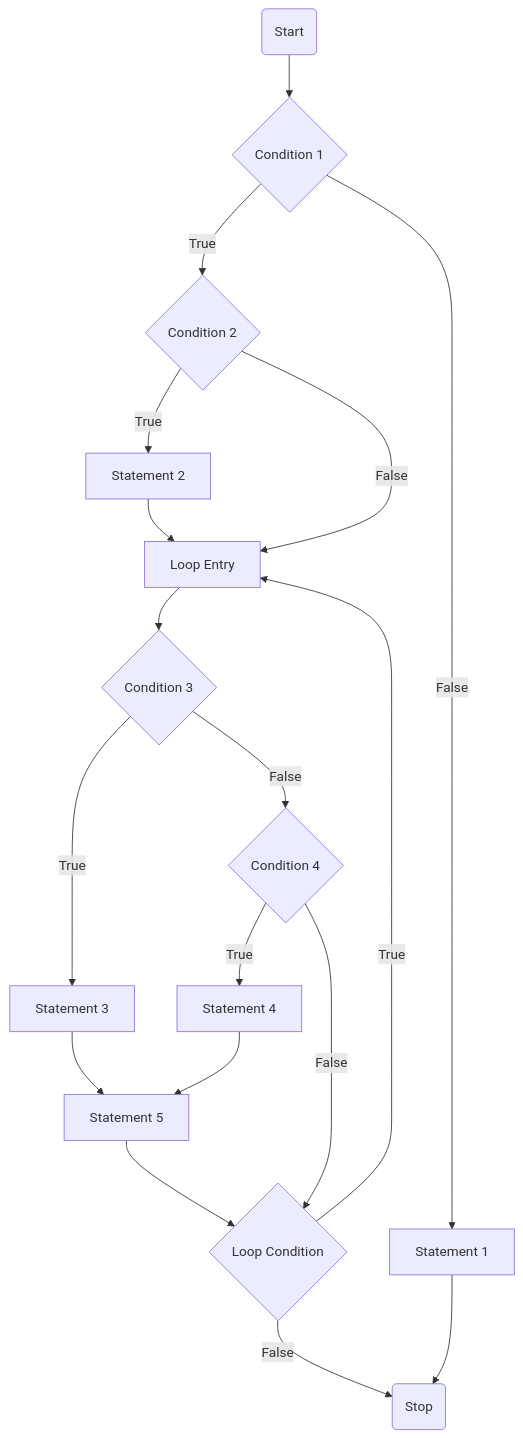
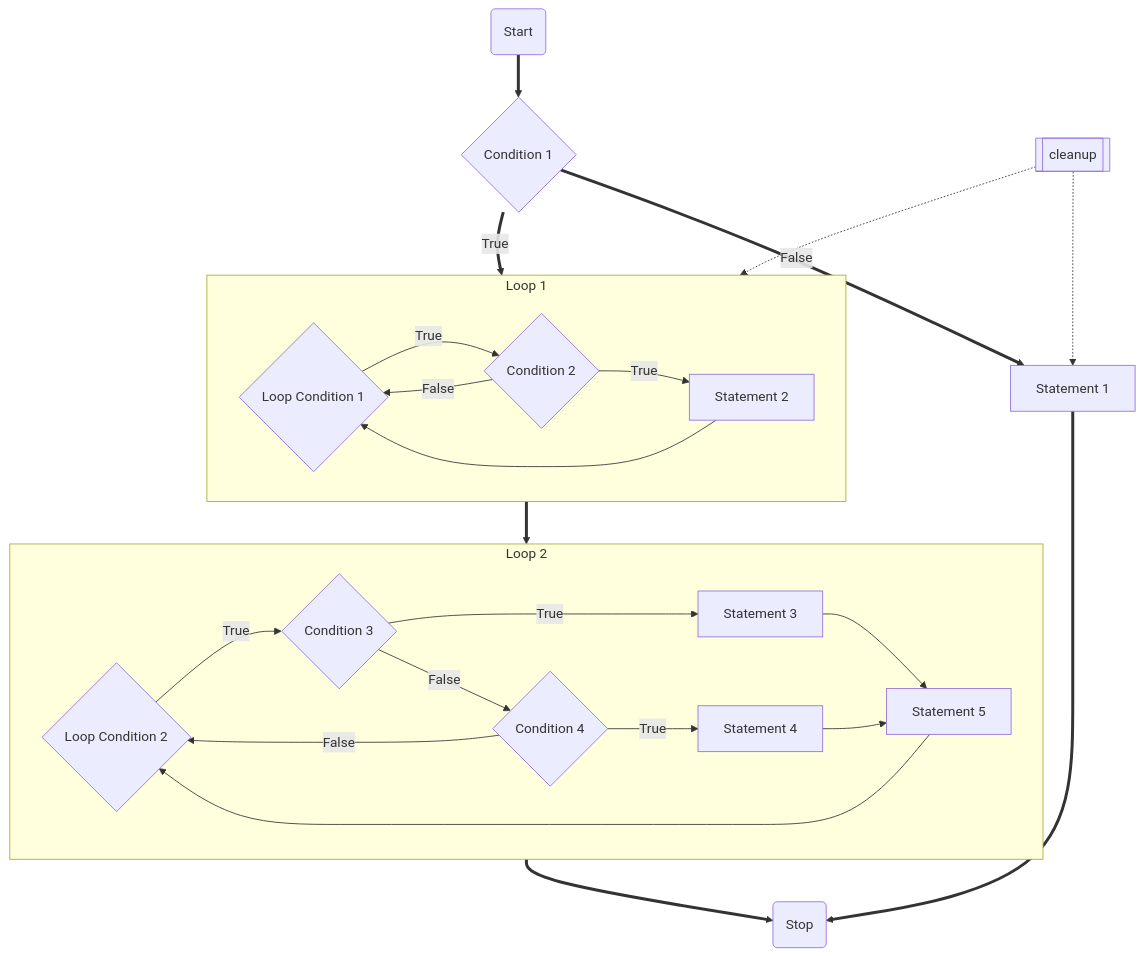
One commit to RaphaelZH/OpenCV_Program_EN changed the diagram in README.md. Above: the diagram before and after it, drawn with Mermaid. The commit also changed other lines of this file and 2 other files, not shown here.

````diff
--- a/README.md
+++ b/README.md
@@ -5,37 +5,41 @@
 ```mermaid
 flowchart TD
+    A(Start)
+    B{Condition 1}
+    C[Statement 1]
+    D(Stop)
 
-A(Start) --> B{Condition 1}
+    X[[cleanup]]
 
-B --> |True| C{Condition 2}
+    subgraph LOOP_1[Loop 1]
+        LOOP_1_A{Loop Condition 1}
+        LOOP_1_B{Condition 2}
+        LOOP_1_C[Statement 2]
 
-B --> |False| D[Statement 1]
+        direction LR
+            LOOP_1_A -- True --> LOOP_1_B -- True --> LOOP_1_C --> LOOP_1_A
+            LOOP_1_B -- False --> LOOP_1_A
+    end
 
-C --> |True| E[Statement 2]
+    subgraph LOOP_2[Loop 2]
+        LOOP_2_A{Loop Condition 2}
+        LOOP_2_B{Condition 3}
+        LOOP_2_C[Statement 3]
+        LOOP_2_D{Condition 4}
+        LOOP_2_E[Statement 4]
+        LOOP_2_F[Statement 5]
 
-C --> |False| F[Loop Entry]
+        direction LR
+            LOOP_2_A -- True --> LOOP_2_B -- True --> LOOP_2_C --> LOOP_2_F --> LOOP_2_A
+            LOOP_2_B -- False--> LOOP_2_D -- True --> LOOP_2_E --> LOOP_2_F
+            LOOP_2_D -- False --> LOOP_2_A
+    end
 
-D --> M(Stop)
+    A ==> B
+    B == True ==> LOOP_1 ==> LOOP_2 ==> D
+    B == False ==> C ==> D
 
-E --> F[Loop Entry]
-
-F --> G{Condition 3}
-
-G --> |True| H[Statement 3]
-
-G --> |False| I{Condition 4}
-
-I --> |True| J[Statement 4]
-
-I --> |False| L{Loop Condition}
-
-H --> K[Statement 5]
-
-J --> K[Statement 5]
-
-K --> L{Loop Condition}
-
-L --> |True| F[Loop Entry]
-
-L --> |False| M(Stop)
+    X ~~~ C
+    X -.-> C
+    X -.-> LOOP_1
 ```
````
